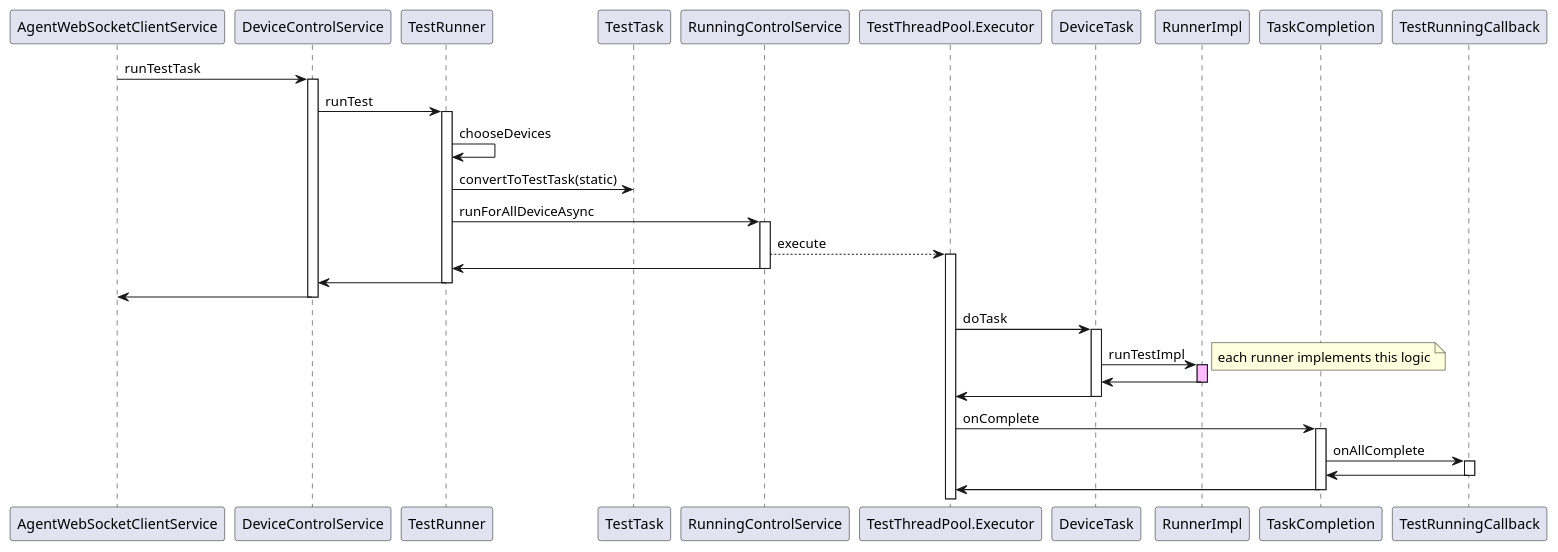
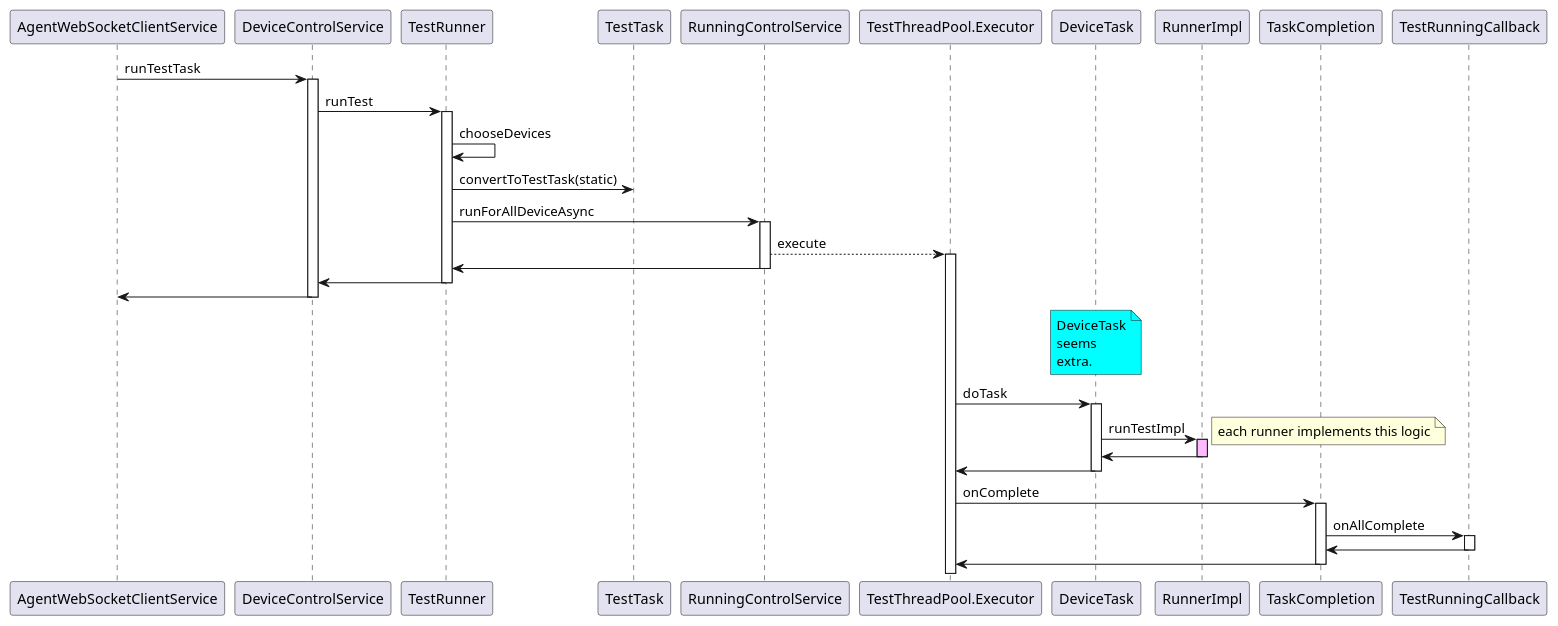
The second of 4 diagrams in agent/doc/UML/test_runner_design.puml (microsoft/HydraLab), drawn with PlantUML before and after one commit. The commit also changed other lines of this file and 1 other file, not shown here.

Commit message:
Create UML to understand the test runner code and kick the plan for refactoring

```diff
--- a/agent/doc/UML/test_runner_design.puml
+++ b/agent/doc/UML/test_runner_design.puml
@@ -23,51 +25,57 @@
 @startuml running_sequence
 AgentWebSocketClientService -> DeviceControlService :runTestTask
 activate DeviceControlService
 
 DeviceControlService -> TestRunner: runTest
 activate TestRunner
 
 TestRunner -> TestRunner: chooseDevices
 TestRunner -> TestTask: convertToTestTask(static)
 TestRunner -> RunningControlService: runForAllDeviceAsync
 activate RunningControlService
 
 RunningControlService --> TestThreadPool.Executor: execute
 activate TestThreadPool.Executor
 
 RunningControlService -> TestRunner
 deactivate RunningControlService
 
 TestRunner -> DeviceControlService
 deactivate TestRunner
 
 DeviceControlService -> AgentWebSocketClientService
 deactivate DeviceControlService
 
+participant DeviceTask
+note over DeviceTask #aqua
+DeviceTask
+seems
+extra.
+end note
 
 TestThreadPool.Executor -> DeviceTask: doTask
 activate DeviceTask
 
 DeviceTask -> RunnerImpl : runTestImpl
 activate RunnerImpl #FFBBFF
 note right: each runner implements this logic
 RunnerImpl -> DeviceTask
 deactivate RunnerImpl
 
 
 DeviceTask -> TestThreadPool.Executor
 deactivate DeviceTask
 
 TestThreadPool.Executor -> TaskCompletion: onComplete
 activate TaskCompletion
 
 TaskCompletion -> TestRunningCallback: onAllComplete
 activate TestRunningCallback
 
 TestRunningCallback -> TaskCompletion
 deactivate TestRunningCallback
 
 TaskCompletion -> TestThreadPool.Executor
 deactivate TaskCompletion
 
 @enduml
```
